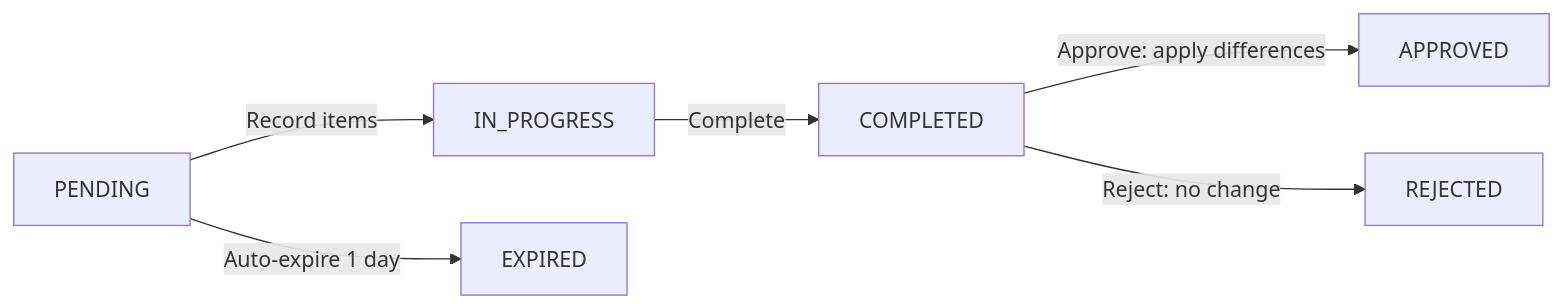
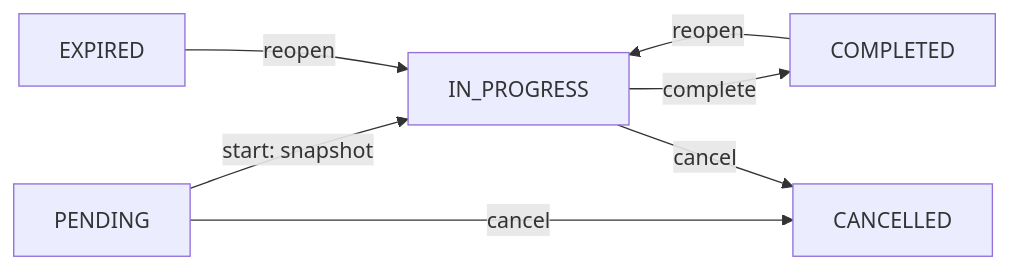
One commit to Java-Inventory-Management-System/Projects changed the first of 2 diagrams in docs/flows/stock-check-flow.md. Above: the diagram before and after it, drawn with Mermaid. The commit also changed other lines of this file and 16 other files, not shown here.

````diff
--- a/docs/flows/stock-check-flow.md
+++ b/docs/flows/stock-check-flow.md
@@ -30,8 +40,9 @@
 ```mermaid
 flowchart LR
-    PENDING -->|Record items| IN_PROGRESS
-    PENDING -->|Auto-expire 1 day| EXPIRED
-    IN_PROGRESS -->|Complete| COMPLETED
-    COMPLETED -->|Approve: apply differences| APPROVED
-    COMPLETED -->|Reject: no change| REJECTED
+    PENDING -->|start: snapshot| IN_PROGRESS
+    PENDING -->|cancel| CANCELLED
+    IN_PROGRESS -->|complete| COMPLETED
+    IN_PROGRESS -->|cancel| CANCELLED
+    COMPLETED -->|reopen| IN_PROGRESS
+    EXPIRED -->|reopen| IN_PROGRESS
 ```
````
